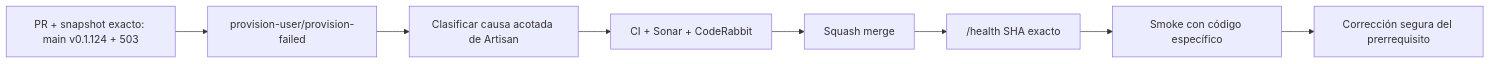
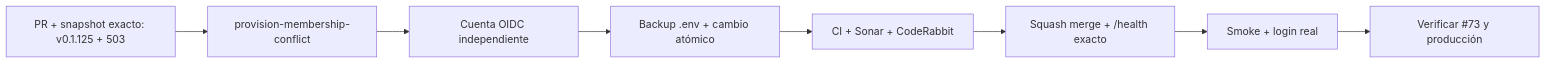
The diagram in README.md (pl0n3r/GrindFlow), drawn with Mermaid before and after one commit. The commit also changed other lines of this file and 13 other files, not shown here.

First line of the commit message:
fix(smoke): identidad técnica OIDC separada sin tocar membresías (v0.1.126) (#145)

````diff
--- a/README.md
+++ b/README.md
@@ -47,10 +47,10 @@
 ```mermaid
 flowchart LR
- A["PR + snapshot exacto: main v0.1.124 + 503"] --> B["provision-user/provision-failed"]
- B --> C["Clasificar causa acotada de Artisan"]
- C --> D["CI + Sonar + CodeRabbit"]
- D --> M["Squash merge"]
- M --> X["/health SHA exacto"]
- X --> S["Smoke con código específico"]
- S --> G["Corrección segura del prerrequisito"]
+ A["PR + snapshot exacto: v0.1.125 + 503"] --> B["provision-membership-conflict"]
+ B --> C["Cuenta OIDC independiente"]
+ C --> D["Backup .env + cambio atómico"]
+ D --> M["CI + Sonar + CodeRabbit"]
+ M --> X["Squash merge + /health exacto"]
+ X --> S["Smoke + login real"]
+ S --> G["Verificar #73 y producción"]
 ```
````
